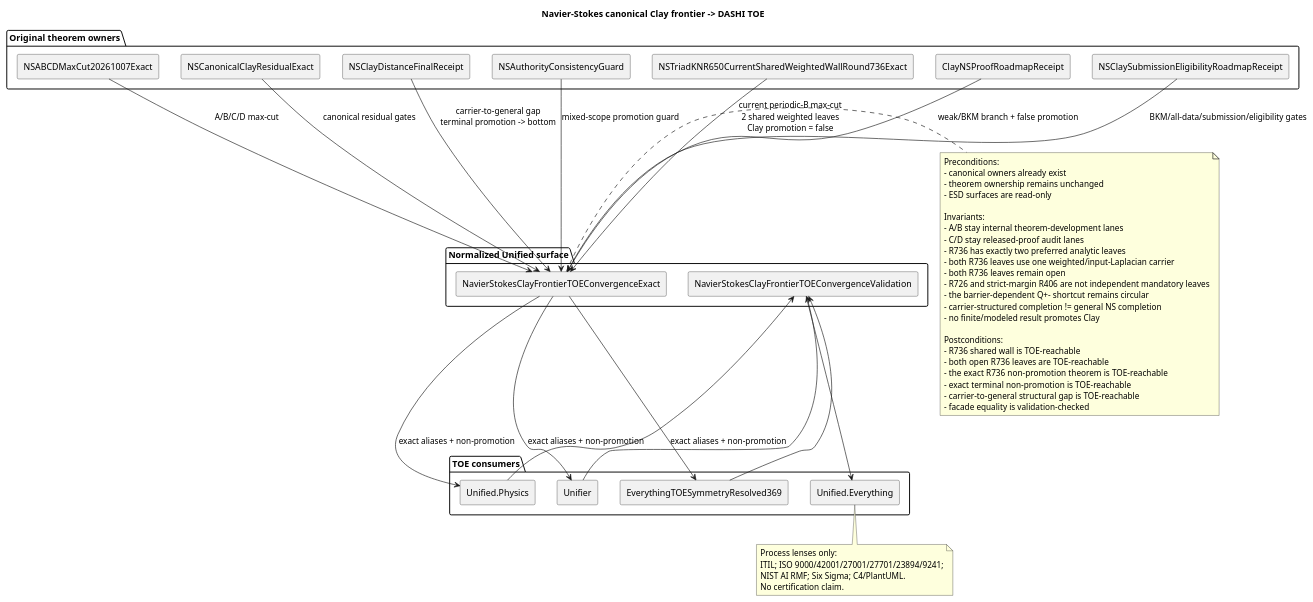
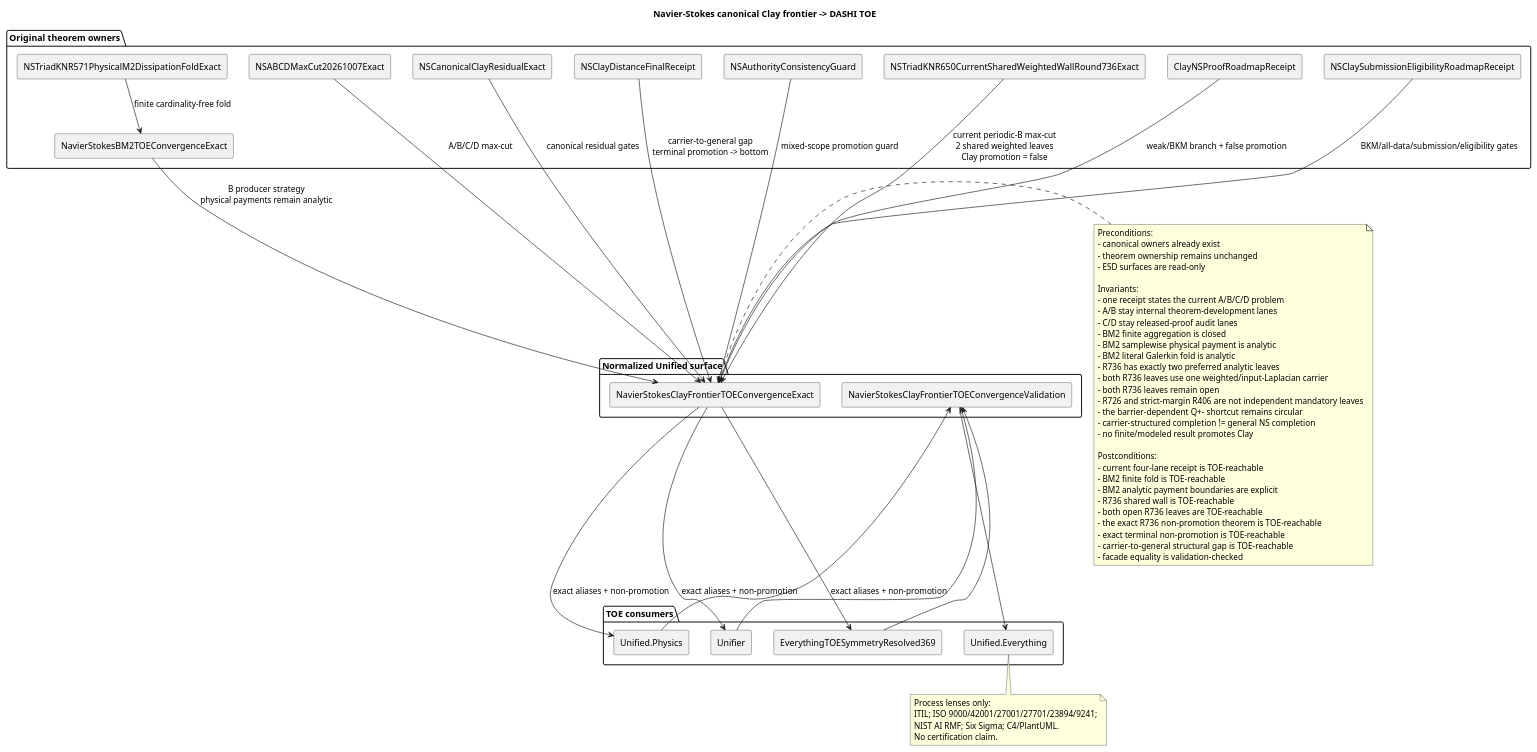
Before and after one commit to chboishabba/dashi_agda: the diagram in Docs/architecture/NavierStokesClayFrontierTOEConvergence.puml, drawn with PlantUML.

Commit message:
Docs NS: align TOE diagram with current four-lane receipt and BM2

```diff
--- a/Docs/architecture/NavierStokesClayFrontierTOEConvergence.puml
+++ b/Docs/architecture/NavierStokesClayFrontierTOEConvergence.puml
@@ -1,77 +1,88 @@
 @startuml
 title Navier-Stokes canonical Clay frontier -> DASHI TOE
 
 skinparam componentStyle rectangle
 
 package "Original theorem owners" {
   [NSABCDMaxCut20261007Exact] as ABCD
   [NSCanonicalClayResidualExact] as Residual
   [NSClayDistanceFinalReceipt] as Distance
   [NSAuthorityConsistencyGuard] as Guard
   [NSTriadKNR650CurrentSharedWeightedWallRound736Exact] as R736
+  [NSTriadKNR571PhysicalM2DissipationFoldExact] as BM2Fold
+  [NavierStokesBM2TOEConvergenceExact] as BM2
   [ClayNSProofRoadmapReceipt] as Roadmap
   [NSClaySubmissionEligibilityRoadmapReceipt] as Eligibility
 }
 
 package "Normalized Unified surface" {
   [NavierStokesClayFrontierTOEConvergenceExact] as Facade
   [NavierStokesClayFrontierTOEConvergenceValidation] as Validation
 }
 
 package "TOE consumers" {
   [EverythingTOESymmetryResolved369] as TOE
   [Unifier] as Unifier
   [Unified.Physics] as Physics
   [Unified.Everything] as Everything
 }
 
 ABCD --> Facade : A/B/C/D max-cut
 Residual --> Facade : canonical residual gates
 Distance --> Facade : carrier-to-general gap\nterminal promotion -> bottom
 Guard --> Facade : mixed-scope promotion guard
 R736 --> Facade : current periodic-B max-cut\n2 shared weighted leaves\nClay promotion = false
+BM2Fold --> BM2 : finite cardinality-free fold
+BM2 --> Facade : B producer strategy\nphysical payments remain analytic
 Roadmap --> Facade : weak/BKM branch + false promotion
 Eligibility --> Facade : BKM/all-data/submission/eligibility gates
 
 Facade --> TOE : exact aliases + non-promotion
 Facade --> Unifier : exact aliases + non-promotion
 Facade --> Physics : exact aliases + non-promotion
 
 TOE --> Validation
 Unifier --> Validation
 Physics --> Validation
 Validation --> Everything
 
 note right of Facade
 Preconditions:
 - canonical owners already exist
 - theorem ownership remains unchanged
 - ESD surfaces are read-only
 
 Invariants:
+- one receipt states the current A/B/C/D problem
 - A/B stay internal theorem-development lanes
 - C/D stay released-proof audit lanes
+- BM2 finite aggregation is closed
+- BM2 samplewise physical payment is analytic
+- BM2 literal Galerkin fold is analytic
 - R736 has exactly two preferred analytic leaves
 - both R736 leaves use one weighted/input-Laplacian carrier
 - both R736 leaves remain open
 - R726 and strict-margin R406 are not independent mandatory leaves
 - the barrier-dependent Q+- shortcut remains circular
 - carrier-structured completion != general NS completion
 - no finite/modeled result promotes Clay
 
 Postconditions:
+- current four-lane receipt is TOE-reachable
+- BM2 finite fold is TOE-reachable
+- BM2 analytic payment boundaries are explicit
 - R736 shared wall is TOE-reachable
 - both open R736 leaves are TOE-reachable
 - the exact R736 non-promotion theorem is TOE-reachable
 - exact terminal non-promotion is TOE-reachable
 - carrier-to-general structural gap is TOE-reachable
 - facade equality is validation-checked
 end note
 
 note bottom of Everything
 Process lenses only:
 ITIL; ISO 9000/42001/27001/27701/23894/9241;
 NIST AI RMF; Six Sigma; C4/PlantUML.
 No certification claim.
 end note
 @enduml
```
